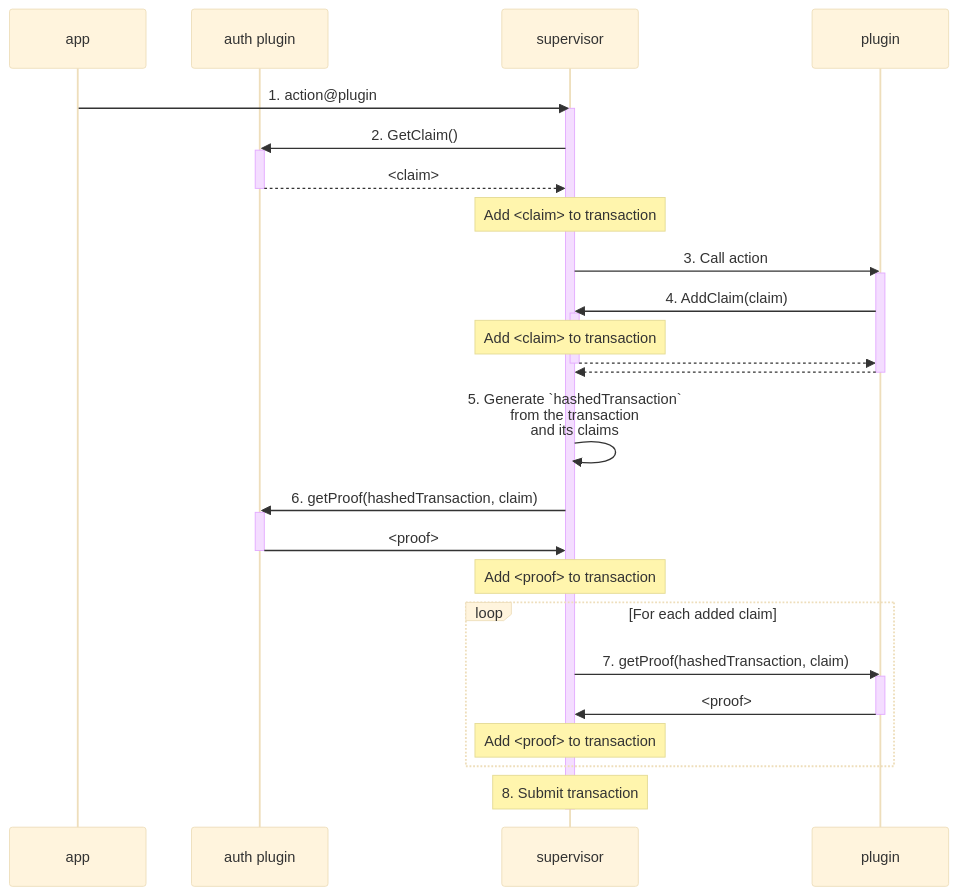
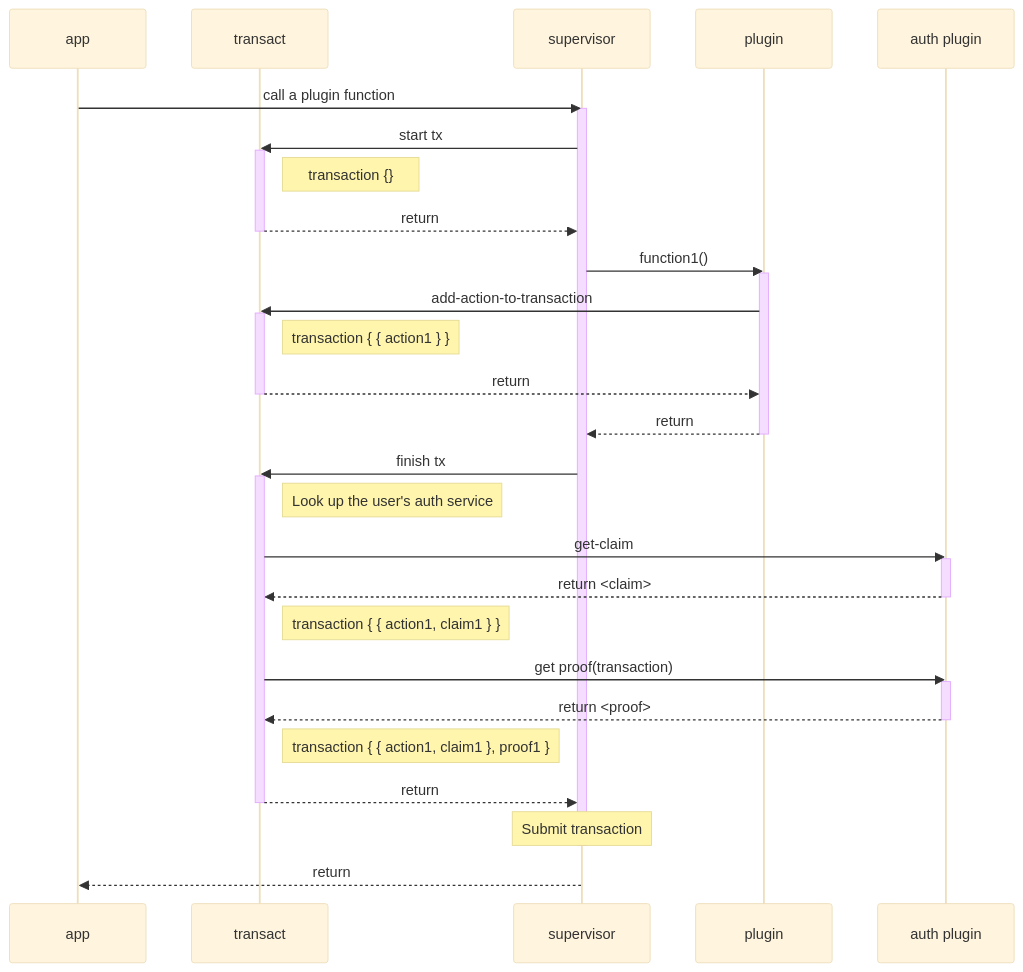
Before and after one commit to gofractally/psibase: the second of 2 diagrams in doc/psidk/src/specifications/blockchain/smart-authorization.md, drawn with Mermaid (base theme). The commit also changed other lines of this file, not shown here.

Commit message:
smart authorization doc update

````diff
--- a/doc/psidk/src/specifications/blockchain/smart-authorization.md
+++ b/doc/psidk/src/specifications/blockchain/smart-authorization.md
@@ -63,45 +73,44 @@
 ```mermaid
 sequenceDiagram
 
 participant app
-participant auth plugin
+participant transact
 participant supervisor
 participant plugin
+participant auth plugin
 
-app->>supervisor: 1. action@plugin
+app->>supervisor: call a plugin function
 activate supervisor
-supervisor->>auth plugin: 2. GetClaim()
+supervisor->>transact: start tx
+activate transact
+note right of transact: transaction {}
+transact-->>supervisor: return
+deactivate transact
+supervisor->>plugin: function1()
+activate plugin
+plugin->>transact: add-action-to-transaction
+activate transact
+note right of transact: transaction { { action1 } }
+transact-->>plugin: return
+deactivate transact
+plugin-->>supervisor: return
+deactivate plugin
+supervisor->>transact: finish tx
+activate transact
+note right of transact: Look up the user's auth service
+transact->>auth plugin: get-claim
 activate auth plugin
-auth plugin-->>supervisor: <claim>
+auth plugin-->>transact: return <claim>
 deactivate auth plugin
-note over supervisor: Add <claim> to transaction
-
-supervisor->>plugin: 3. Call action
-activate plugin
-plugin->>supervisor: 4. AddClaim(claim)
-activate supervisor
-note over supervisor: Add <claim> to transaction
-supervisor-->>plugin: 
+note right of transact: transaction { { action1, claim1 } }
+transact->>auth plugin: get proof(transaction)
+activate auth plugin
+auth plugin-->>transact: return <proof>
+deactivate auth plugin
+note right of transact: transaction { { action1, claim1 }, proof1 }
+transact-->>supervisor: return
+deactivate transact
+Note over supervisor: Submit transaction
 deactivate supervisor
-plugin-->>supervisor: 
-deactivate plugin
-
-supervisor->>supervisor: 5. Generate `hashedTransaction`<br>from the transaction<br>and its claims
-
-supervisor->>auth plugin: 6. getProof(hashedTransaction, claim)
-activate auth plugin
-auth plugin->>supervisor: <proof>
-deactivate auth plugin
-note over supervisor: Add <proof> to transaction
-
-loop For each added claim
-   supervisor->>plugin: 7. getProof(hashedTransaction, claim)
-   activate plugin
-   plugin->>supervisor: <proof>
-   deactivate plugin
-   note over supervisor: Add <proof> to transaction
-end
-
-Note over supervisor: 8. Submit transaction
-deactivate supervisor
+supervisor-->>app: return
 ```
````
